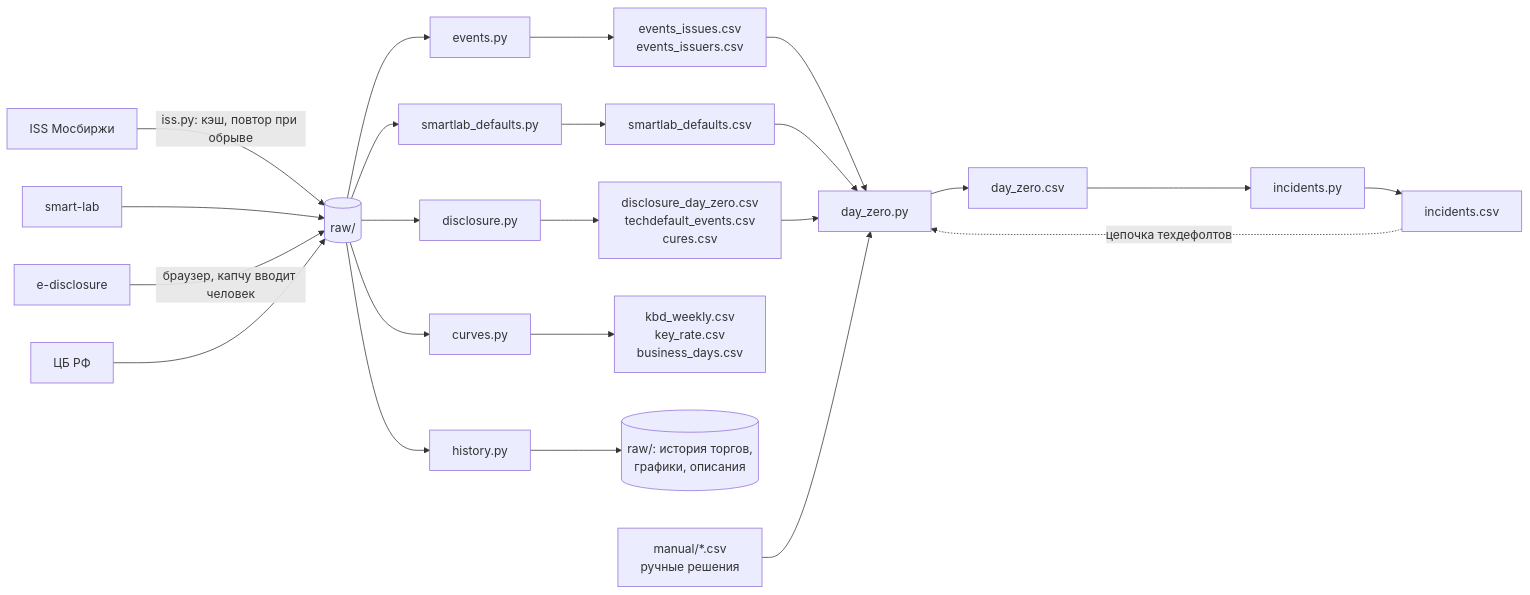
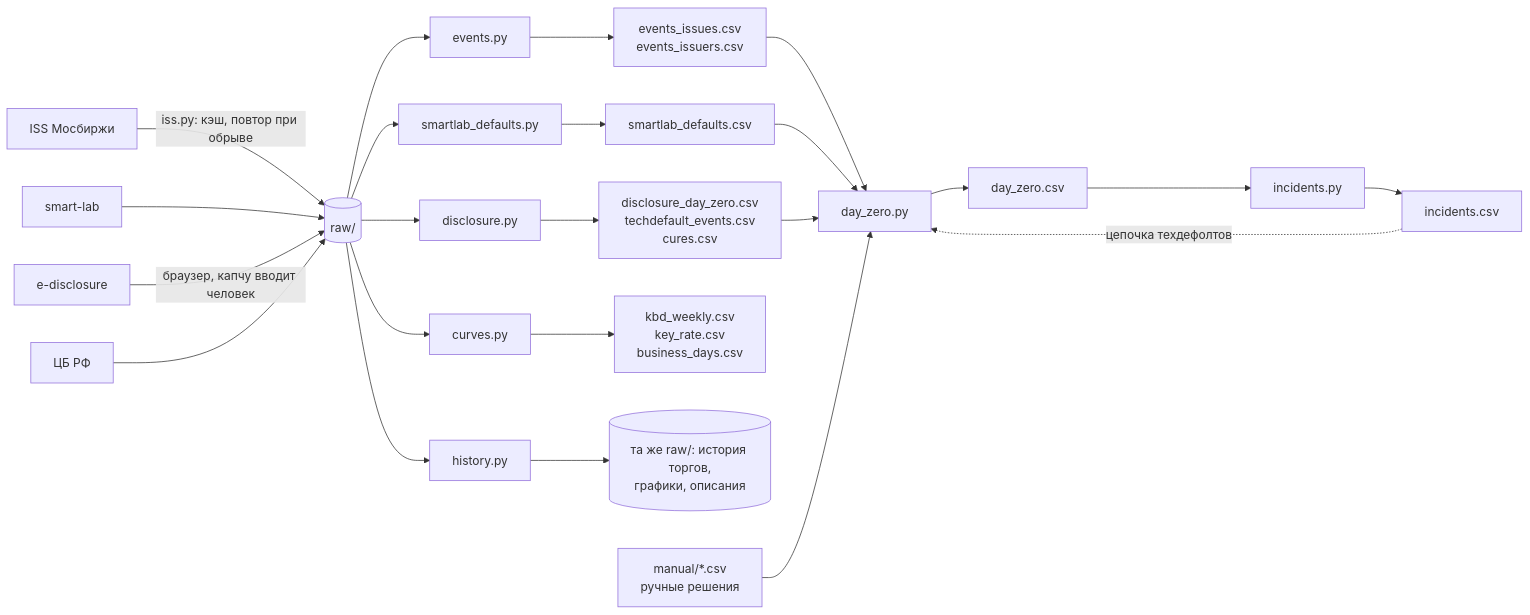
One commit to alferova-tv/Jessica-invest-assistant changed the first of 2 diagrams in research/docs/DATA.md. Above: the diagram before and after it, drawn with Mermaid. The commit also changed other lines of this file and 13 other files, not shown here.

````diff
--- a/research/docs/DATA.md
+++ b/research/docs/DATA.md
@@ -568,17 +578,17 @@
 ```mermaid
 flowchart LR
     ISS[ISS Мосбиржи] -->|iss.py: кэш, повтор при обрыве| RAW[(raw/)]
     SL[smart-lab] --> RAW
     ED[e-disclosure] -->|браузер, капчу вводит человек| RAW
     CBR[ЦБ РФ] --> RAW
 
     RAW --> EV[events.py] --> T1[events_issues.csv<br>events_issuers.csv]
     RAW --> SLD[smartlab_defaults.py] --> T2[smartlab_defaults.csv]
     RAW --> DIS[disclosure.py] --> T3[disclosure_day_zero.csv<br>techdefault_events.csv<br>cures.csv]
     RAW --> CUR[curves.py] --> T6[kbd_weekly.csv<br>key_rate.csv<br>business_days.csv]
-    RAW --> HIS[history.py] --> T7[(raw/: история торгов,<br>графики, описания)]
+    RAW --> HIS[history.py] --> T7[(та же raw/: история торгов,<br>графики, описания)]
 
     T1 & T2 & T3 & MAN[manual/*.csv<br>ручные решения] --> DZ[day_zero.py] --> T4[day_zero.csv]
     T4 --> INC[incidents.py] --> T5[incidents.csv]
     T5 -.->|цепочка техдефолтов| DZ
 ```
````
